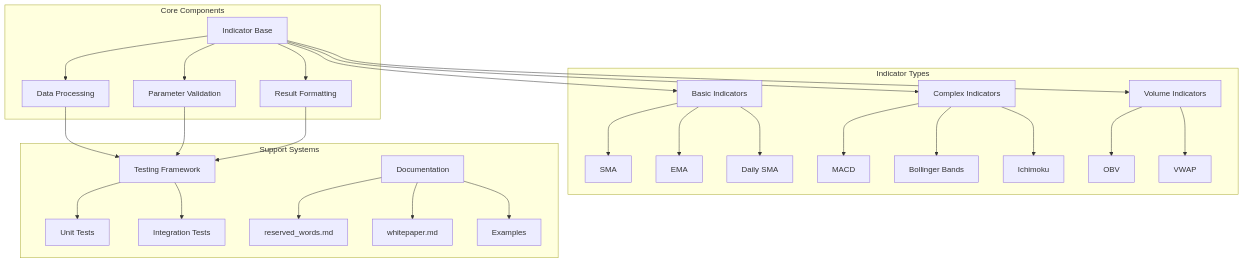
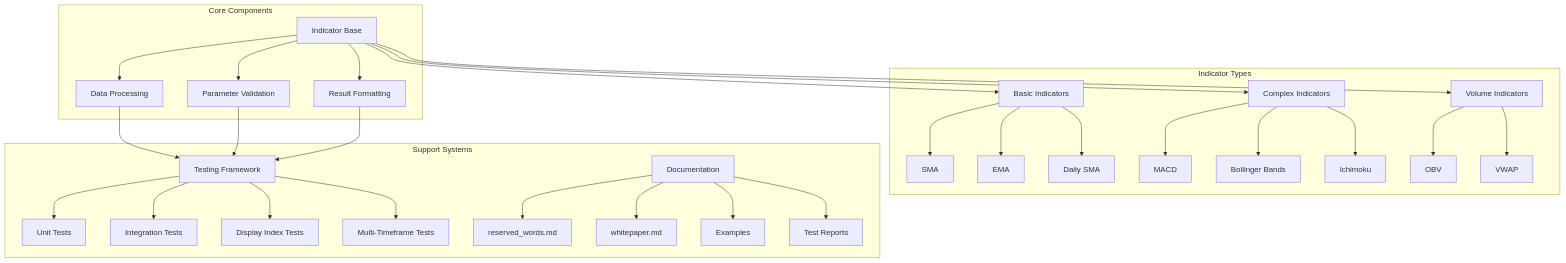
Before and after one commit to projecthamburg/tospylib: the diagram in whitepaper.md, drawn with Mermaid. The commit also changed other lines of this file and 1 other file, not shown here.

````diff
--- a/whitepaper.md
+++ b/whitepaper.md
@@ -139,37 +259,40 @@
 ```mermaid
 graph TD
     subgraph "Core Components"
         A[Indicator Base] --> B[Data Processing]
         A --> C[Parameter Validation]
         A --> D[Result Formatting]
     end
     
     subgraph "Indicator Types"
         E[Basic Indicators] --> E1[SMA]
         E --> E2[EMA]
         E --> E3[Daily SMA]
         
         F[Complex Indicators] --> F1[MACD]
         F --> F2[Bollinger Bands]
         F --> F3[Ichimoku]
         
         G[Volume Indicators] --> G1[OBV]
         G --> G2[VWAP]
     end
     
     subgraph "Support Systems"
         H[Testing Framework] --> H1[Unit Tests]
         H --> H2[Integration Tests]
+        H --> H3[Display Index Tests]
+        H --> H4[Multi-Timeframe Tests]
         
         I[Documentation] --> I1[reserved_words.md]
         I --> I2[whitepaper.md]
         I --> I3[Examples]
+        I --> I4[Test Reports]
     end
     
     A --> E
     A --> F
     A --> G
     B --> H
     C --> H
     D --> H
 ```
````
